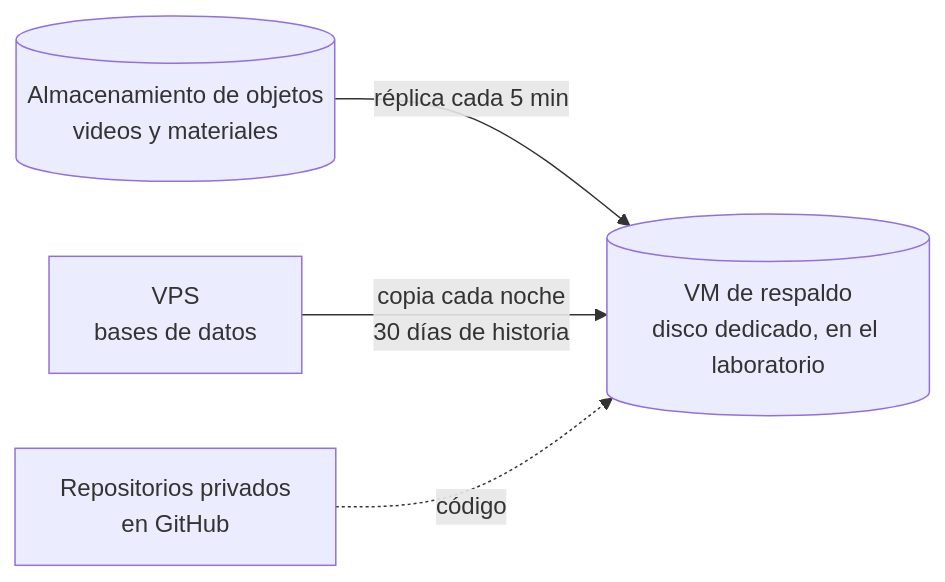
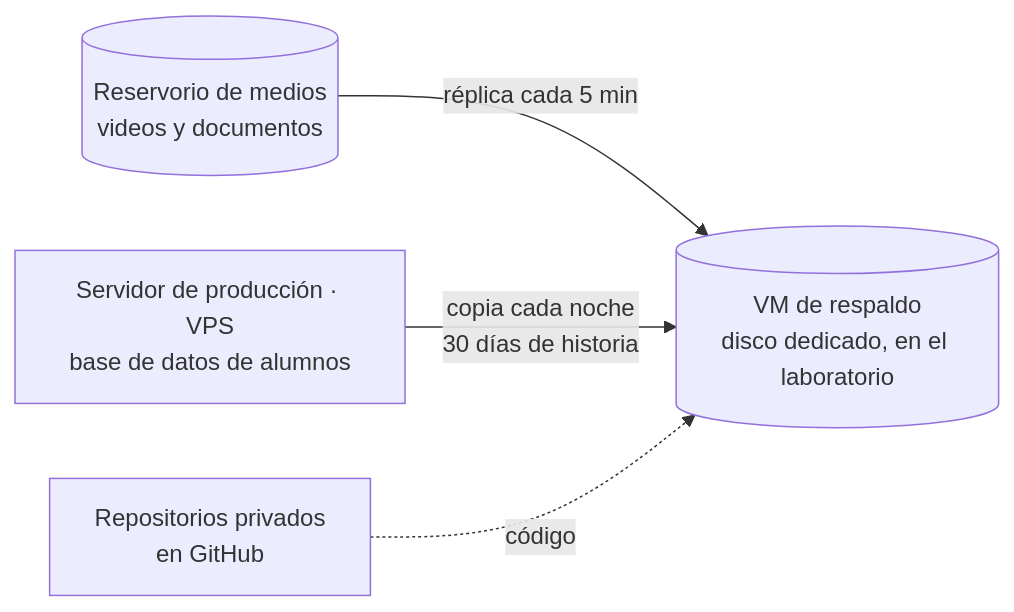
The third of 3 diagrams in README.md (druidatech-net/infraestructura-druidatech), drawn with Mermaid before and after one commit. The commit also changed other lines of this file, not shown here.

Commit message:
Respaldos: mismos nombres que el resto (reservorio de medios, base de datos de alumnos)

````diff
--- a/README.md
+++ b/README.md
@@ -296,6 +295,6 @@
 ```mermaid
 flowchart LR
-    S[(Almacenamiento de objetos<br/>videos y materiales)] -->|"réplica cada 5 min"| B[(VM de respaldo<br/>disco dedicado, en el laboratorio)]
-    V[VPS<br/>bases de datos] -->|"copia cada noche<br/>30 días de historia"| B
+    S[(Reservorio de medios<br/>videos y documentos)] -->|"réplica cada 5 min"| B[(VM de respaldo<br/>disco dedicado, en el laboratorio)]
+    V[Servidor de producción · VPS<br/>base de datos de alumnos] -->|"copia cada noche<br/>30 días de historia"| B
     G[Repositorios privados<br/>en GitHub] -.->|"código"| B
 ```
````
